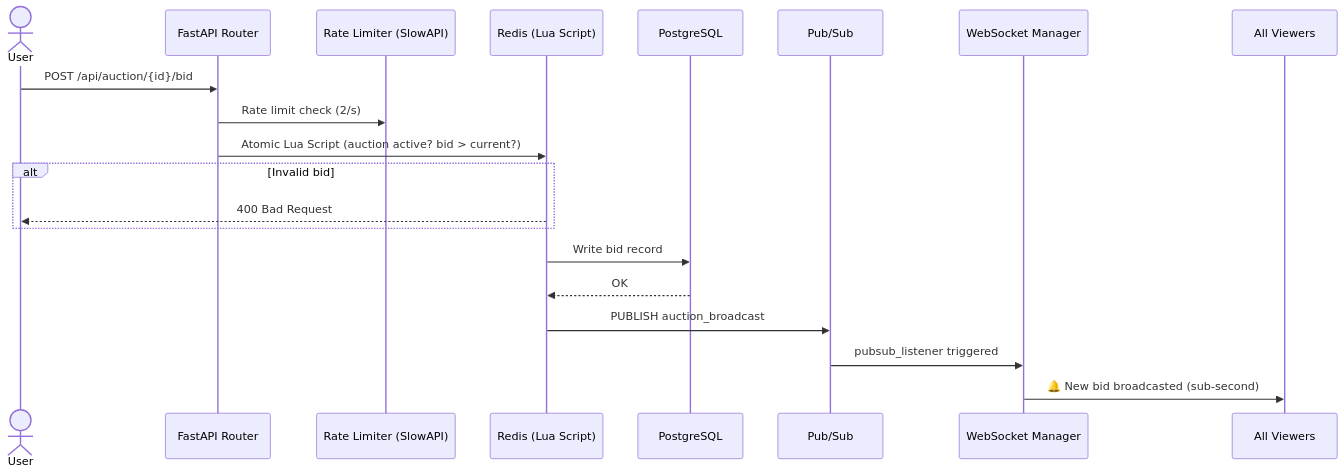
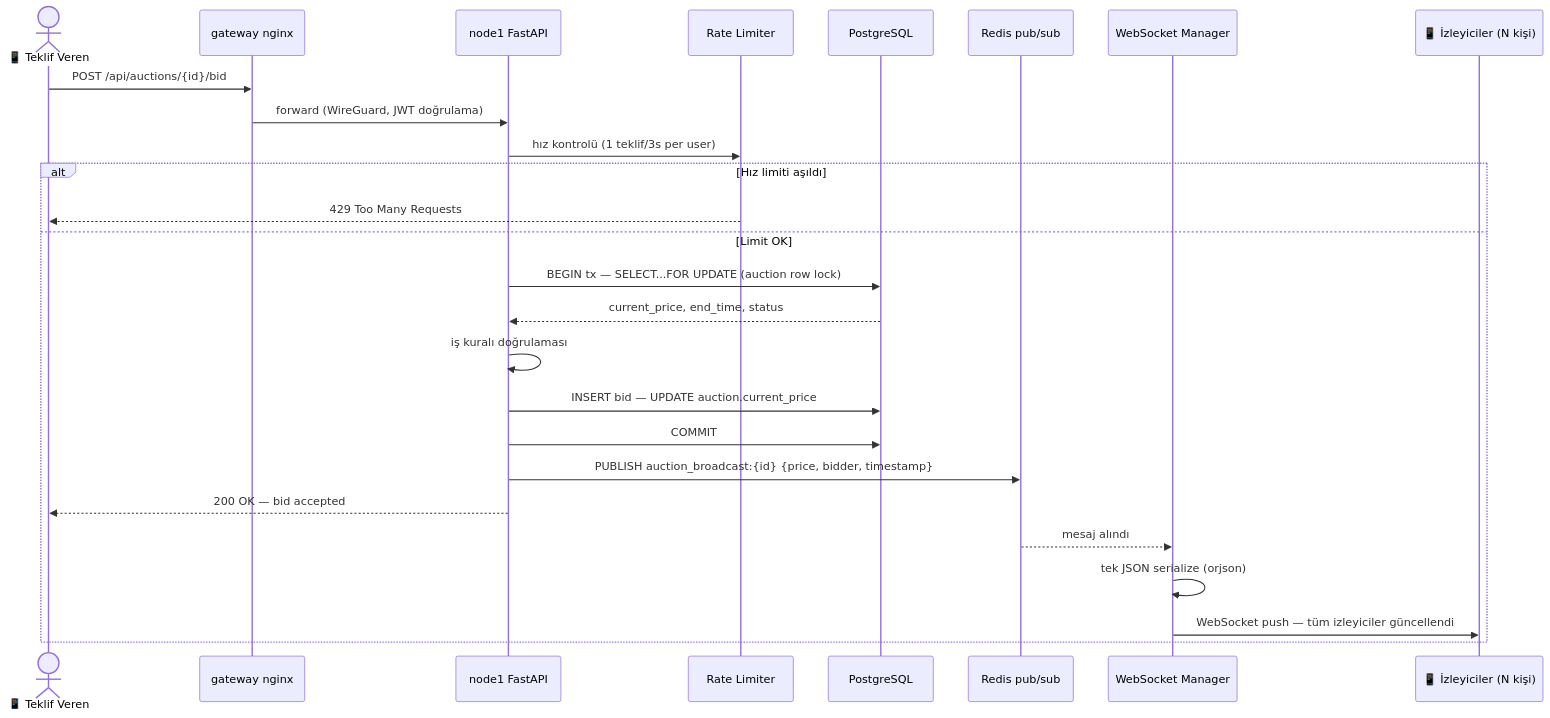
Before and after one commit to tucibeyin/teqlif: the fourth of 14 diagrams in README.md, drawn with Mermaid. The commit also changed other lines of this file, not shown here.

````diff
--- a/README.md
+++ b/README.md
@@ -83,23 +283,29 @@
 ```mermaid
 sequenceDiagram
-    actor User
-    participant API as FastAPI Router
-    participant RL as Rate Limiter (SlowAPI)
-    participant REDIS as Redis (Lua Script)
+    actor Bidder as 📱 Teklif Veren
+    participant GW as gateway nginx
+    participant API as node1 FastAPI
+    participant DEF as Rate Limiter
     participant PG as PostgreSQL
-    participant PS as Pub/Sub
+    participant RD as Redis pub/sub
     participant WS as WebSocket Manager
-    participant Others as All Viewers
+    participant Viewers as 📱 İzleyiciler (N kişi)
 
-    User->>API: POST /api/auction/{id}/bid
-    API->>RL: Rate limit check (2/s)
-    API->>REDIS: Atomic Lua Script (auction active? bid > current?)
-    alt Invalid bid
-        REDIS-->>User: 400 Bad Request
+    Bidder->>GW: POST /api/auctions/{id}/bid
+    GW->>API: forward (WireGuard, JWT doğrulama)
+    API->>DEF: hız kontrolü (1 teklif/3s per user)
+    alt Hız limiti aşıldı
+        DEF-->>Bidder: 429 Too Many Requests
+    else Limit OK
+        API->>PG: BEGIN tx — SELECT...FOR UPDATE (auction row lock)
+        PG-->>API: current_price, end_time, status
+        API->>API: iş kuralı doğrulaması
+        API->>PG: INSERT bid — UPDATE auction.current_price
+        API->>PG: COMMIT
+        API->>RD: PUBLISH auction_broadcast:{id} {price, bidder, timestamp}
+        API-->>Bidder: 200 OK — bid accepted
+        RD-->>WS: mesaj alındı
+        WS->>WS: tek JSON serialize (orjson)
+        WS->>Viewers: WebSocket push — tüm izleyiciler güncellendi
     end
-    REDIS->>PG: Write bid record
-    PG-->>REDIS: OK
-    REDIS->>PS: PUBLISH auction_broadcast
-    PS->>WS: pubsub_listener triggered
-    WS->>Others: 🔔 New bid broadcasted (sub-second)
 ```
````
